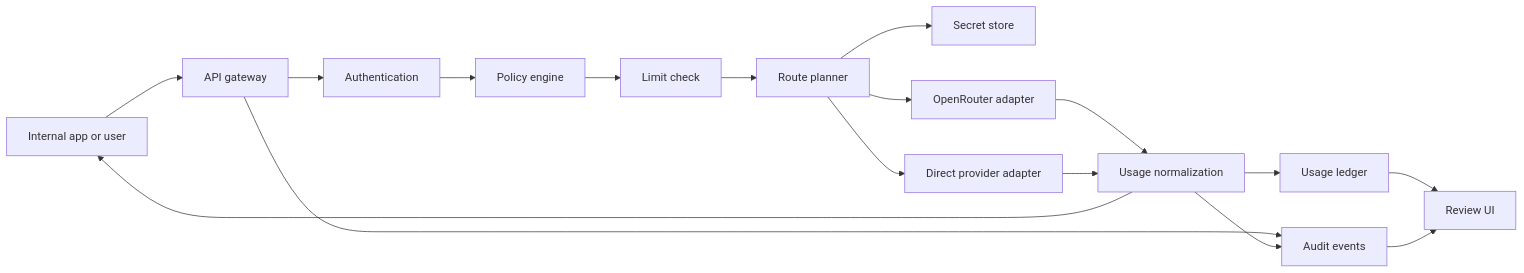
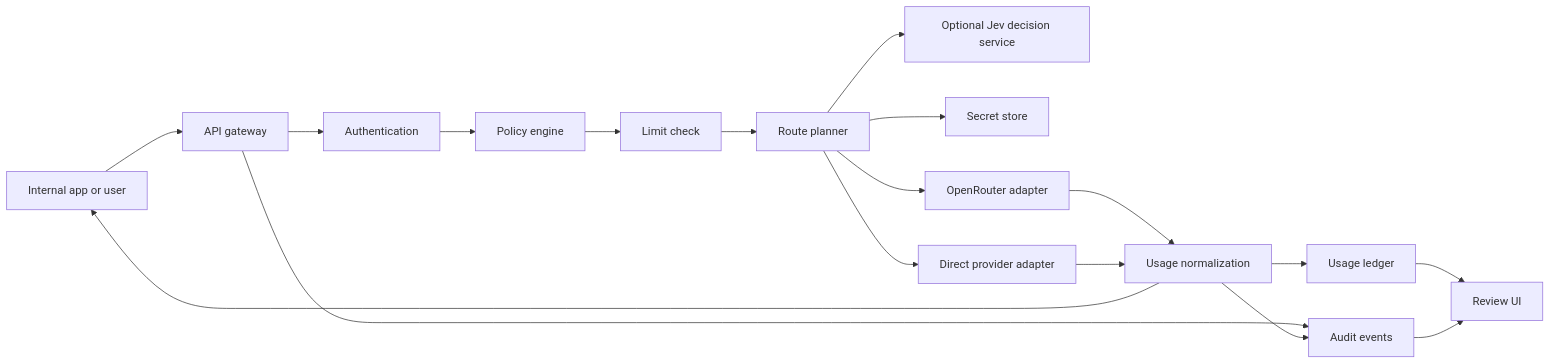
The diagram in docs/architecture.md (Theorvane/OpenGranter), drawn with Mermaid before and after one commit. The commit also changed other lines of this file and 8 other files, not shown here.

First line of the commit message:
routing: add TypeSafe Jev decision client

````diff
--- a/docs/architecture.md
+++ b/docs/architecture.md
@@ -11,19 +11,20 @@
 ```mermaid
 flowchart LR
     C[Internal app or user] --> G[API gateway]
     G --> A[Authentication]
     A --> P[Policy engine]
     P --> Q[Limit check]
     Q --> R[Route planner]
+    R --> J[Optional Jev decision service]
     R --> S[Secret store]
     R --> O[OpenRouter adapter]
     R --> U[Direct provider adapter]
     O --> N[Usage normalization]
     U --> N
     N --> C
     G --> E[Audit events]
     N --> E
     N --> M[Usage ledger]
     M --> D[Review UI]
     E --> D
 ```
````
